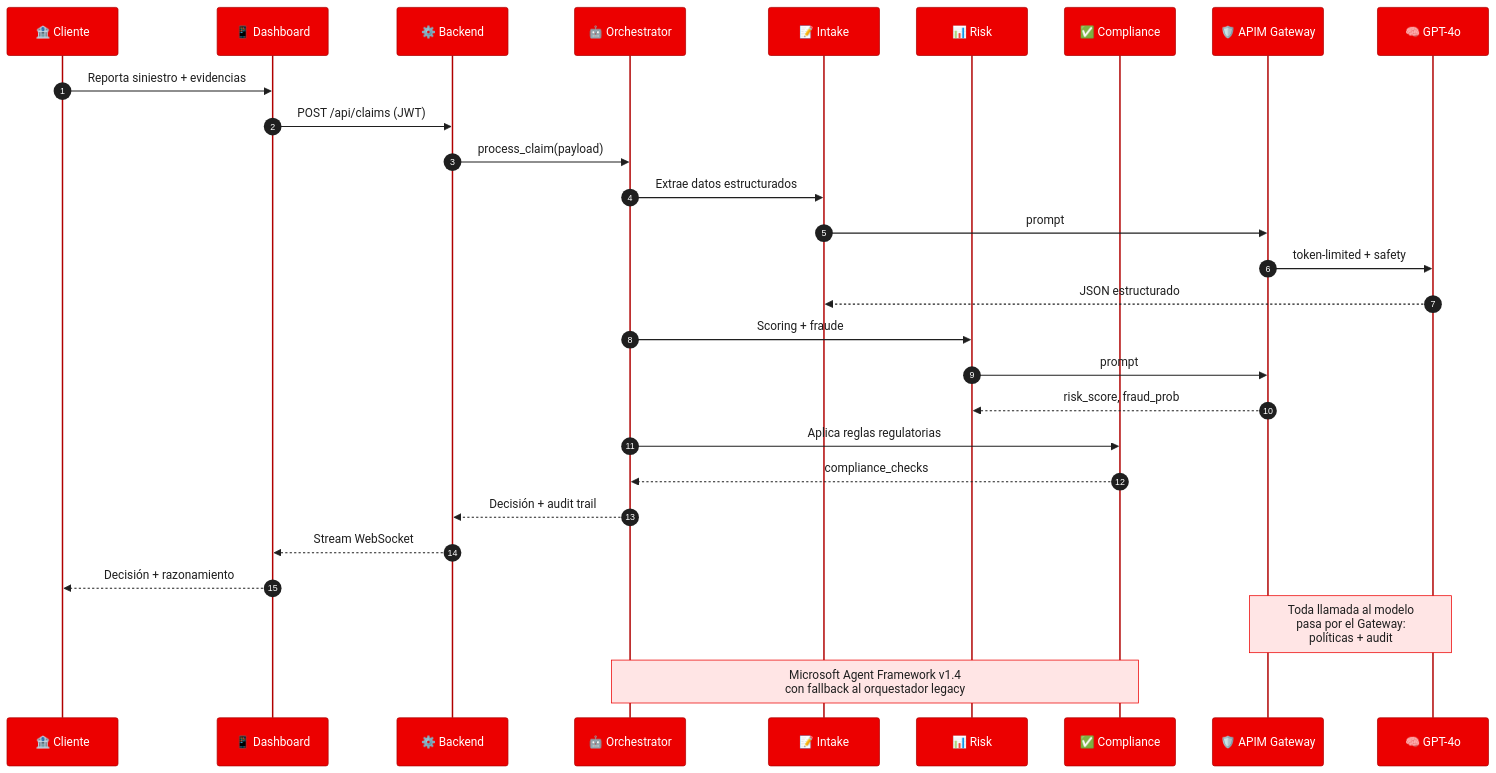
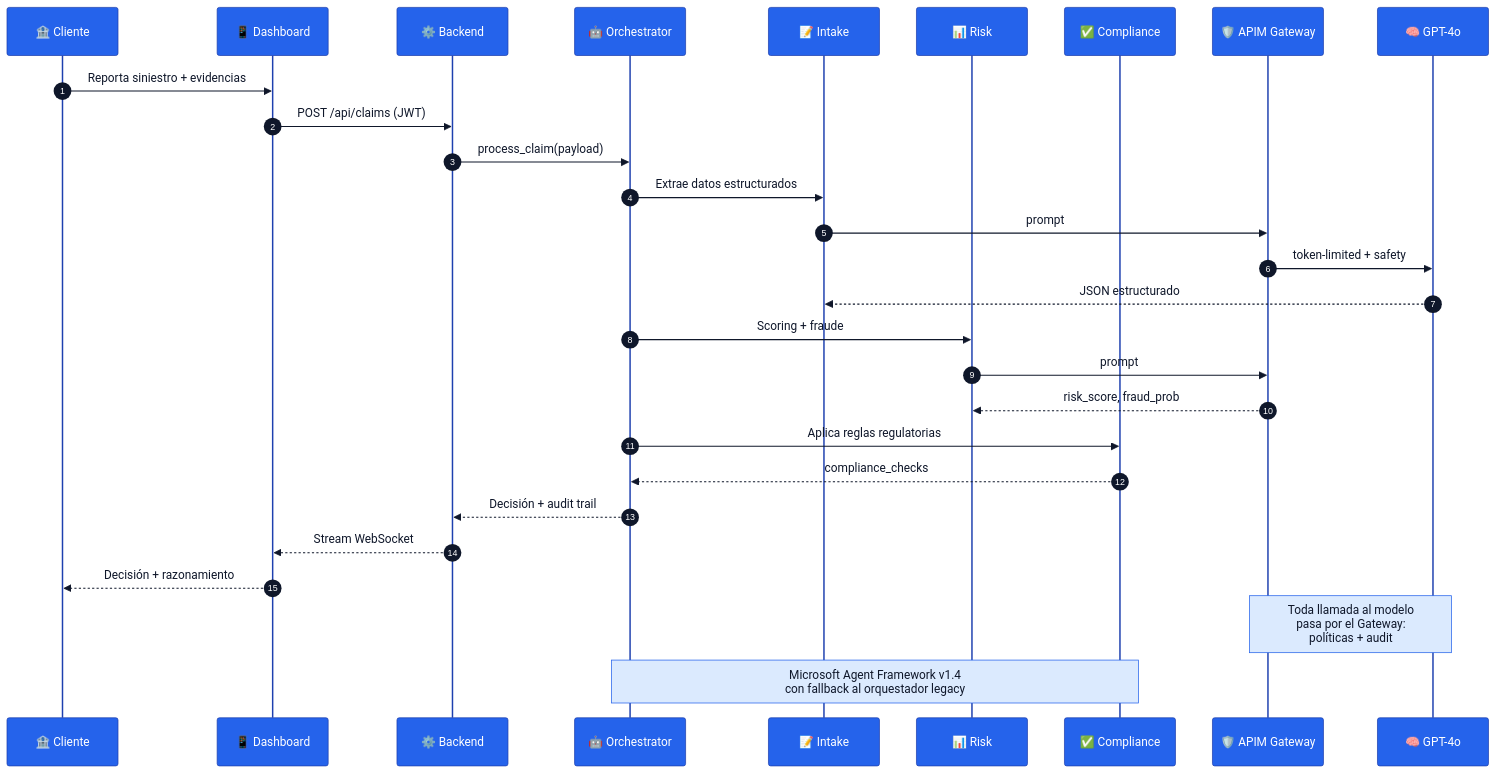
The diagram in README.md (aangell98/insurance-ai-agents), drawn with Mermaid before and after one commit. The commit also changed other lines of this file and 24 other files, not shown here.

````diff
--- a/README.md
+++ b/README.md
@@ -48,33 +50,33 @@
 ```mermaid
-%%{init: {'theme':'base', 'themeVariables': { 'primaryColor':'#EC0000','primaryTextColor':'#fff','lineColor':'#1F1F1F','actorBkg':'#EC0000','actorTextColor':'#fff','actorBorder':'#B00000','signalColor':'#1F1F1F','signalTextColor':'#1F1F1F','sequenceNumberColor':'#fff','noteBkgColor':'#FFE5E5','noteTextColor':'#1F1F1F','noteBorderColor':'#EC0000','fontFamily':'Inter, system-ui, sans-serif'} }}%%
+%%{init: {'theme':'base', 'themeVariables': { 'primaryColor':'#2563EB','primaryTextColor':'#fff','lineColor':'#0F172A','actorBkg':'#2563EB','actorTextColor':'#fff','actorBorder':'#1E40AF','signalColor':'#0F172A','signalTextColor':'#0F172A','sequenceNumberColor':'#fff','noteBkgColor':'#DBEAFE','noteTextColor':'#0F172A','noteBorderColor':'#2563EB','fontFamily':'Inter, system-ui, sans-serif'} }}%%
 sequenceDiagram
     autonumber
     participant C as 🏦 Cliente
     participant D as 📱 Dashboard
     participant B as ⚙️ Backend
     participant O as 🤖 Orchestrator
     participant I as 📝 Intake
     participant R as 📊 Risk
     participant K as ✅ Compliance
     participant G as 🛡️ APIM Gateway
     participant M as 🧠 GPT-4o
 
     C->>D: Reporta siniestro + evidencias
     D->>B: POST /api/claims (JWT)
     B->>O: process_claim(payload)
     O->>I: Extrae datos estructurados
     I->>G: prompt
     G->>M: token-limited + safety
     M-->>I: JSON estructurado
     O->>R: Scoring + fraude
     R->>G: prompt
     G-->>R: risk_score, fraud_prob
     O->>K: Aplica reglas regulatorias
     K-->>O: compliance_checks
     O-->>B: Decisión + audit trail
     B-->>D: Stream WebSocket
     D-->>C: Decisión + razonamiento
 
     Note over G,M: Toda llamada al modelo<br/>pasa por el Gateway:<br/>políticas + audit
     Note over O,K: Microsoft Agent Framework v1.4<br/>con fallback al orquestador legacy
 ```
````
